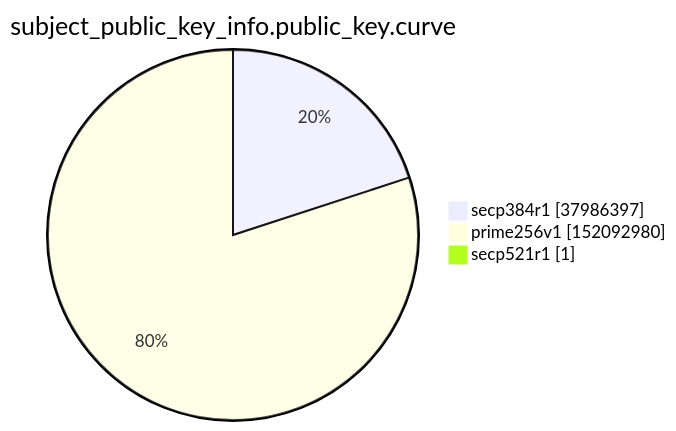
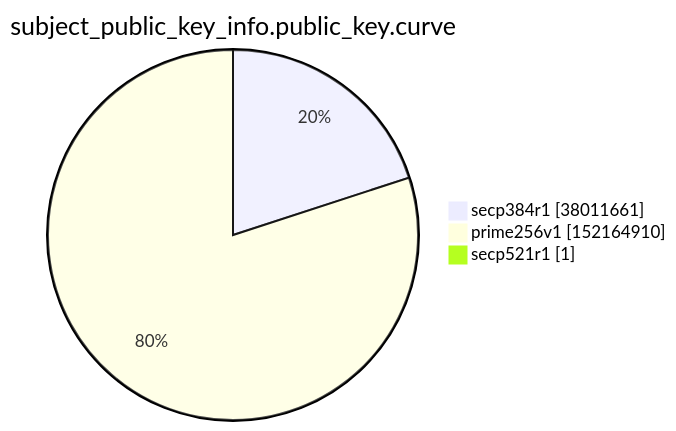
Before and after one commit to christiankrug/ctmonitor_visualization: the ninth of 15 diagrams in xenon2022/README.md, drawn with Mermaid. The commit also changed other lines of this file, not shown here.

````diff
--- a/xenon2022/README.md
+++ b/xenon2022/README.md
@@ -2860,7 +2860,7 @@
 ```mermaid
 pie showData
 title subject_public_key_info.public_key.curve
-"secp384r1" :37986397
-"prime256v1" :152092980
+"secp384r1" :38011661
+"prime256v1" :152164910
 "secp521r1" :1
 ```
````
